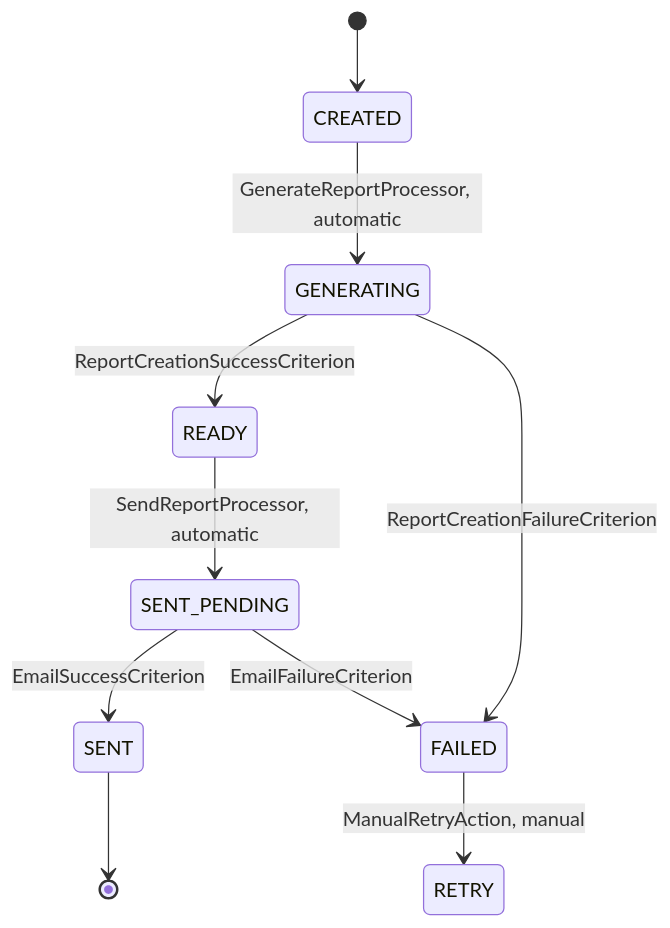
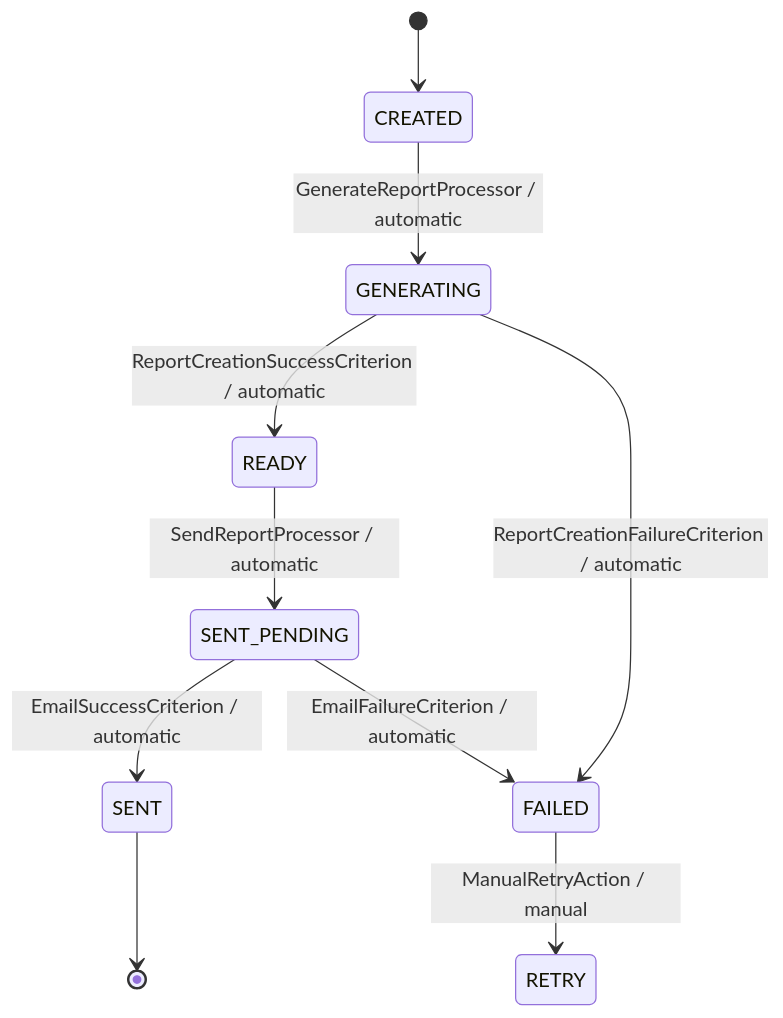
The third of 4 diagrams in src/main/java/com/java_template/prototype/functional_requirement.md (Cyoda-platform/java-client-template), drawn with Mermaid before and after one commit. The commit also changed other lines of this file, not shown here.

````diff
--- a/src/main/java/com/java_template/prototype/functional_requirement.md
+++ b/src/main/java/com/java_template/prototype/functional_requirement.md
@@ -102,12 +162,12 @@
 ```mermaid
 stateDiagram-v2
     [*] --> CREATED
-    CREATED --> GENERATING : GenerateReportProcessor, automatic
-    GENERATING --> READY : ReportCreationSuccessCriterion
-    GENERATING --> FAILED : ReportCreationFailureCriterion
-    READY --> SENT_PENDING : SendReportProcessor, automatic
-    SENT_PENDING --> SENT : EmailSuccessCriterion
-    SENT_PENDING --> FAILED : EmailFailureCriterion
-    FAILED --> RETRY : ManualRetryAction, manual
+    CREATED --> GENERATING : GenerateReportProcessor / automatic
+    GENERATING --> READY : ReportCreationSuccessCriterion / automatic
+    GENERATING --> FAILED : ReportCreationFailureCriterion / automatic
+    READY --> SENT_PENDING : SendReportProcessor / automatic
+    SENT_PENDING --> SENT : EmailSuccessCriterion / automatic
+    SENT_PENDING --> FAILED : EmailFailureCriterion / automatic
+    FAILED --> RETRY : ManualRetryAction / manual
     SENT --> [*]
 ```
````
